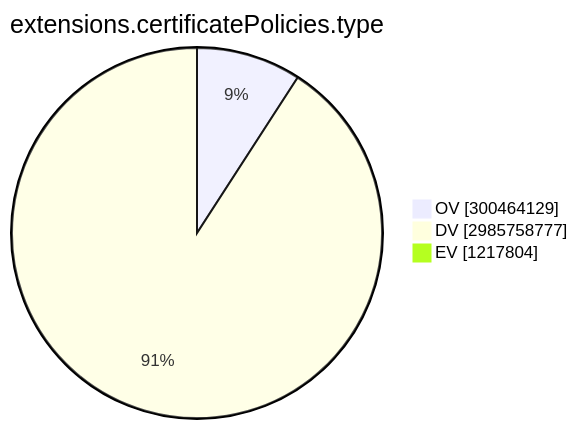
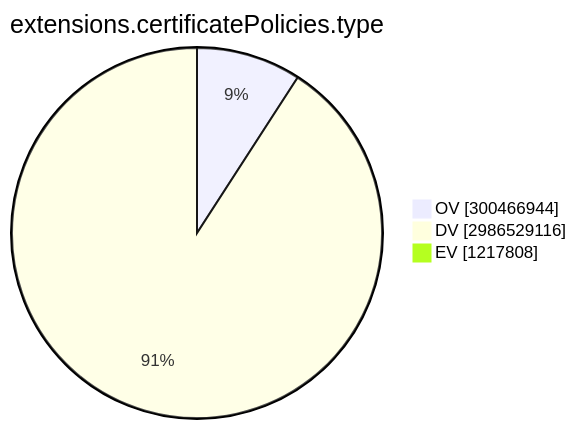
Before and after one commit to christiankrug/ctmonitor_visualization: the ninth of 15 diagrams in TOTAL/README.md, drawn with Mermaid. The commit also changed other lines of this file, not shown here.

````diff
--- a/TOTAL/README.md
+++ b/TOTAL/README.md
@@ -3102,7 +3102,7 @@
 ```mermaid
 pie showData
 title extensions.certificatePolicies.type
-"OV" :300464129
-"DV" :2985758777
-"EV" :1217804
+"OV" :300466944
+"DV" :2986529116
+"EV" :1217808
 ```
````
